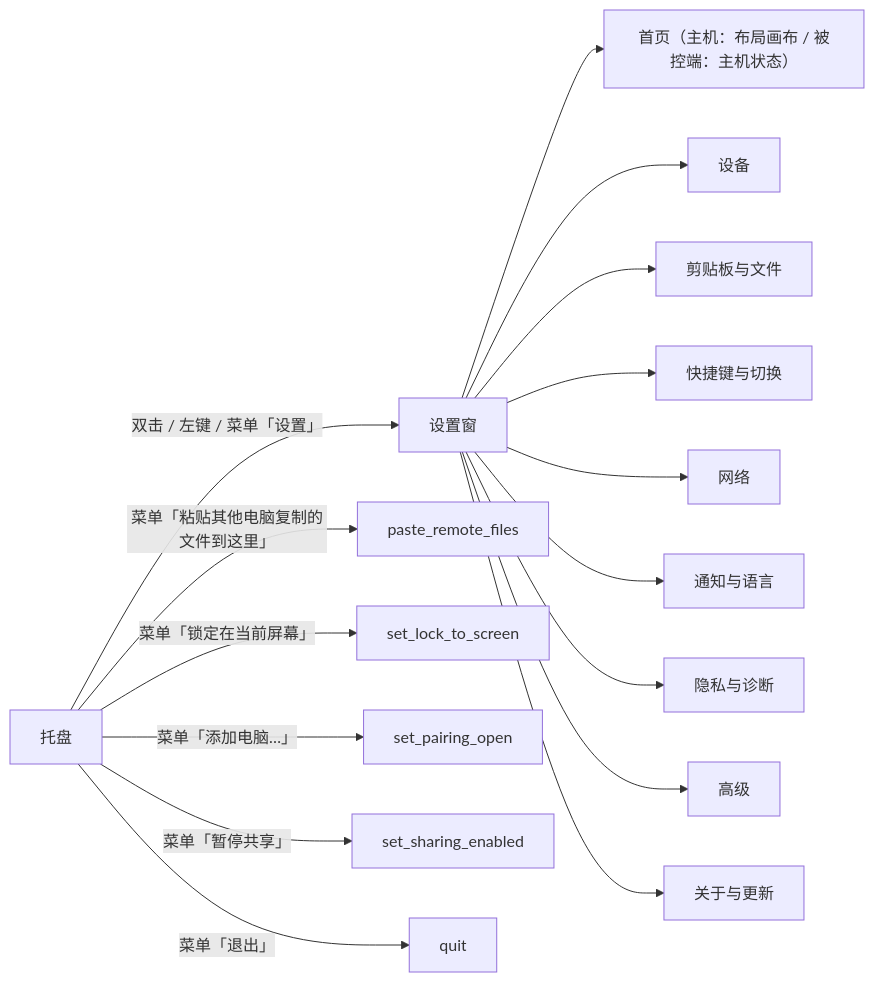
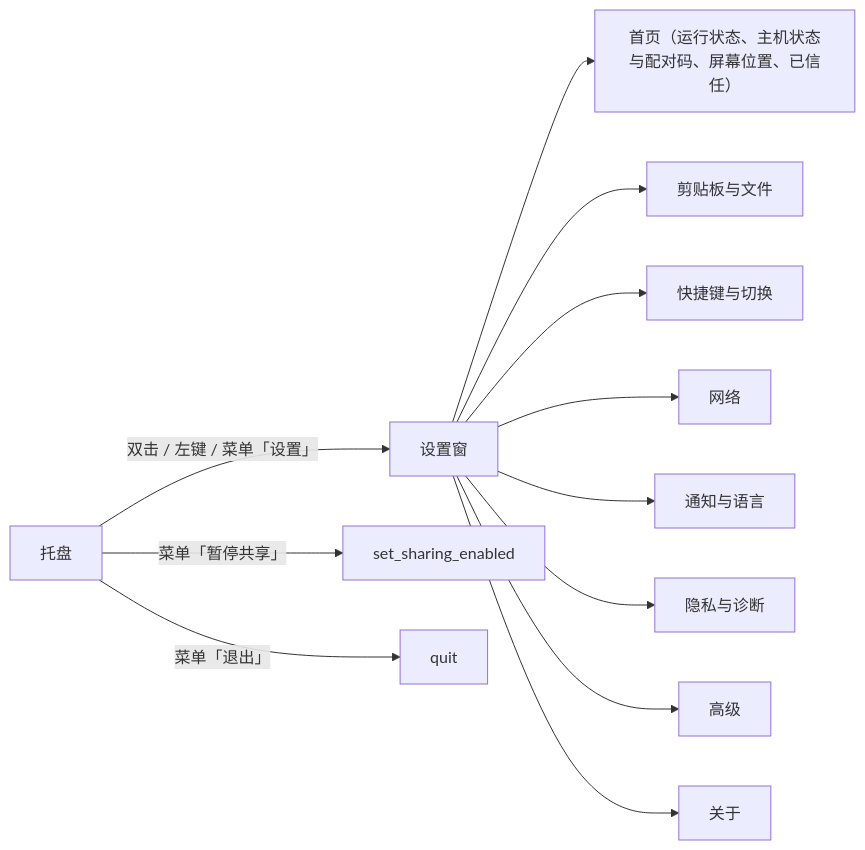
Before and after one commit to HadyLiu/Cross-SystemConnect: the first of 4 diagrams in Doc/界面设计.md, drawn with Mermaid. The commit also changed other lines of this file and 51 other files, not shown here.

````diff
--- a/Doc/界面设计.md
+++ b/Doc/界面设计.md
@@ -31,18 +31,14 @@
 ```mermaid
 flowchart LR
     T["托盘"] -->|"双击 / 左键 / 菜单「设置」"| S["设置窗"]
-    S --> H["首页（主机：布局画布 / 被控端：主机状态）"]
-    S --> D["设备"]
+    S --> H["首页（运行状态、主机状态与配对码、屏幕位置、已信任）"]
     S --> C["剪贴板与文件"]
     S --> K["快捷键与切换"]
     S --> N["网络"]
     S --> L["通知与语言"]
     S --> P["隐私与诊断"]
     S --> A["高级"]
-    S --> U["关于与更新"]
-    T -->|"菜单「粘贴其他电脑复制的文件到这里」"| X["paste_remote_files"]
-    T -->|"菜单「锁定在当前屏幕」"| Y["set_lock_to_screen"]
-    T -->|"菜单「添加电脑…」"| PO["set_pairing_open"]
+    S --> U["关于"]
     T -->|"菜单「暂停共享」"| SP["set_sharing_enabled"]
     T -->|"菜单「退出」"| Q["quit"]
 ```
````
